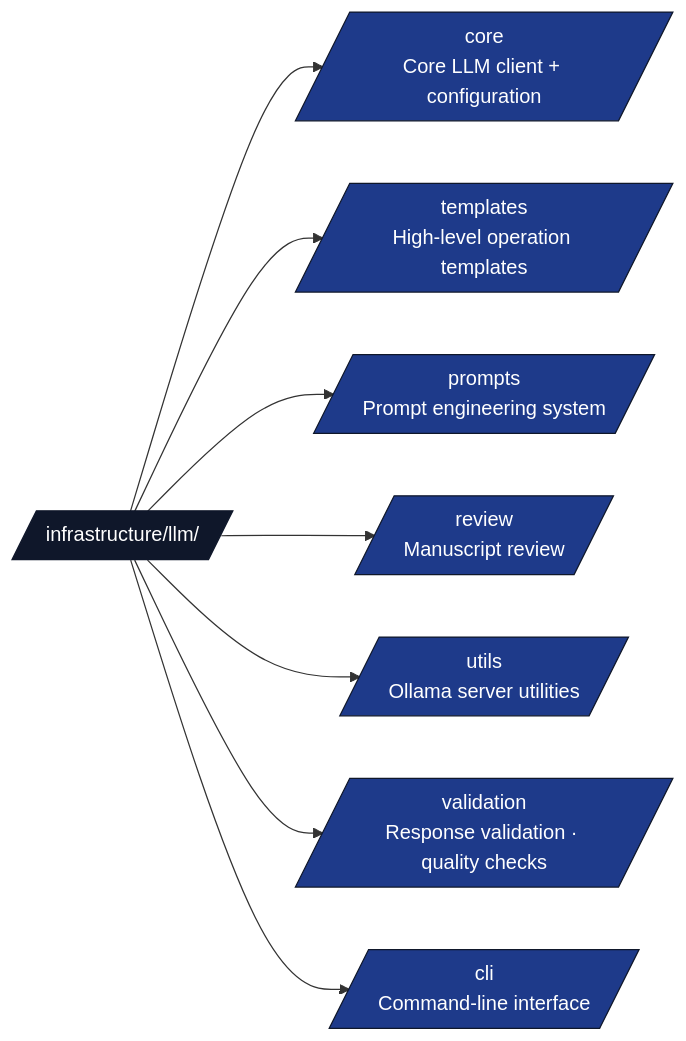
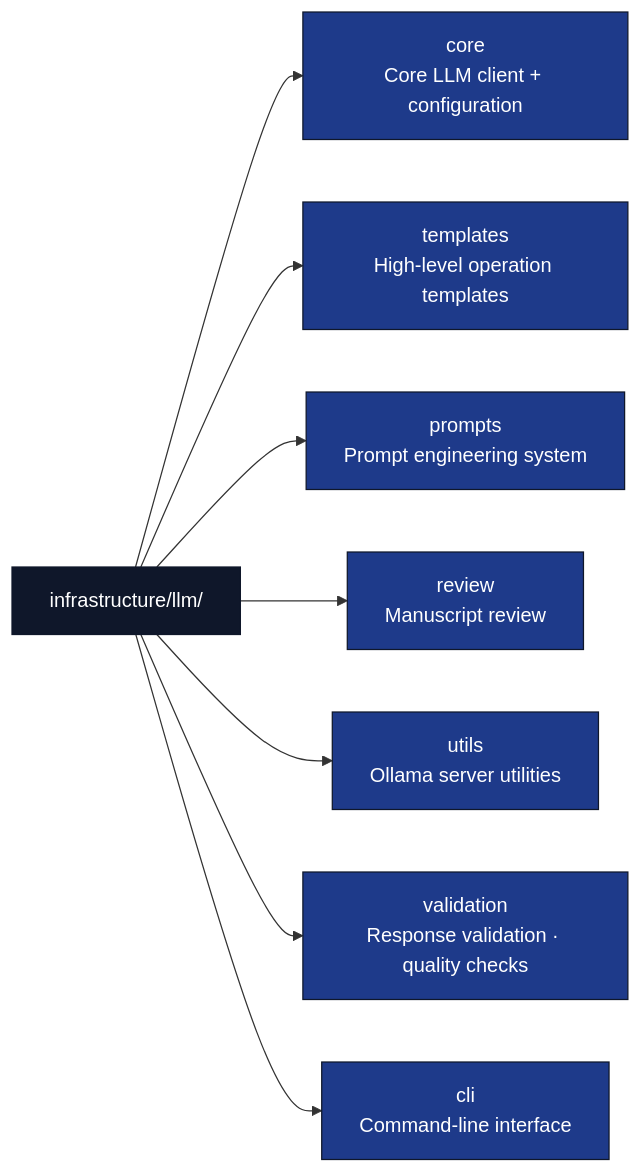
Before and after one commit to docxology/template: the second of 2 diagrams in infrastructure/llm/README.md, drawn with Mermaid. The commit also changed 94 other files, not shown here.

````diff
--- a/infrastructure/llm/README.md
+++ b/infrastructure/llm/README.md
@@ -83,16 +83,16 @@
 ```mermaid
 flowchart LR
-    LLM[/infrastructure/llm//]
-    LLM --> CORE[/core<br/>Core LLM client + configuration/]
-    LLM --> TPL[/templates<br/>High-level operation templates/]
-    LLM --> PR[/prompts<br/>Prompt engineering system/]
-    LLM --> RV[/review<br/>Manuscript review/]
-    LLM --> UT[/utils<br/>Ollama server utilities/]
-    LLM --> VAL[/validation<br/>Response validation · quality checks/]
-    LLM --> CLI[/cli<br/>Command-line interface/]
+    LLM[infrastructure/llm/]
+    LLM --> CORE[core<br/>Core LLM client + configuration]
+    LLM --> TPL[templates<br/>High-level operation templates]
+    LLM --> PR[prompts<br/>Prompt engineering system]
+    LLM --> RV[review<br/>Manuscript review]
+    LLM --> UT[utils<br/>Ollama server utilities]
+    LLM --> VAL[validation<br/>Response validation · quality checks]
+    LLM --> CLI[cli<br/>Command-line interface]
 
     classDef d fill:#0f172a,stroke:#0f172a,color:#fff
     classDef pkg fill:#1e3a8a,stroke:#0f172a,color:#fff
     class LLM d
     class CORE,TPL,PR,RV,UT,VAL,CLI pkg
 ```
````
